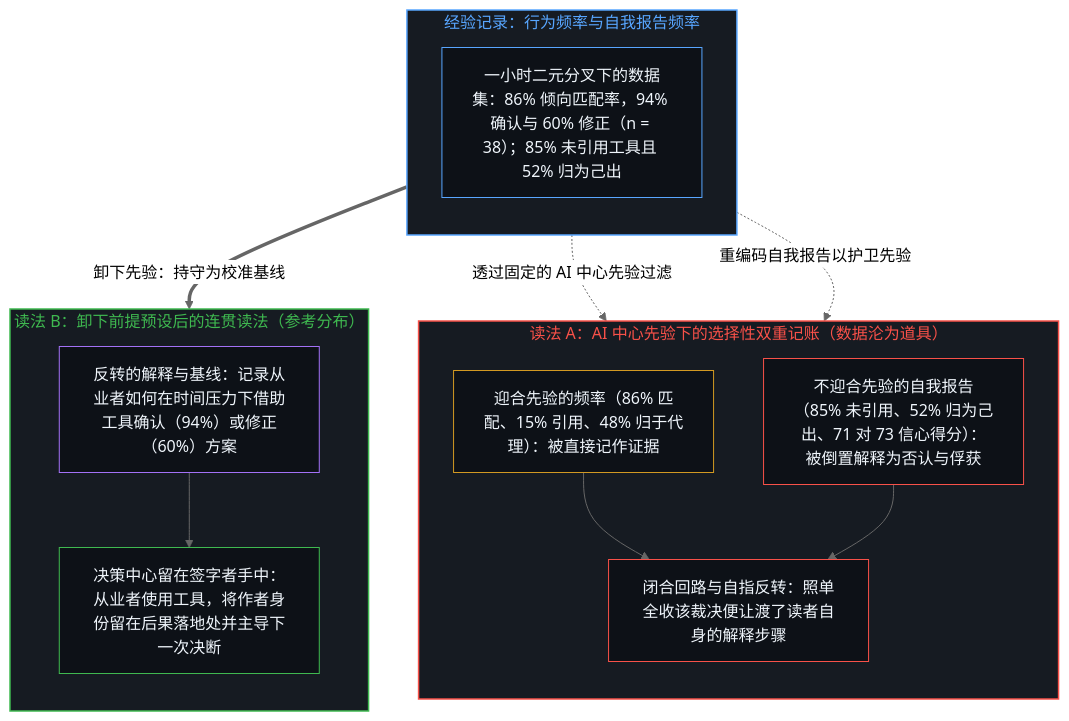
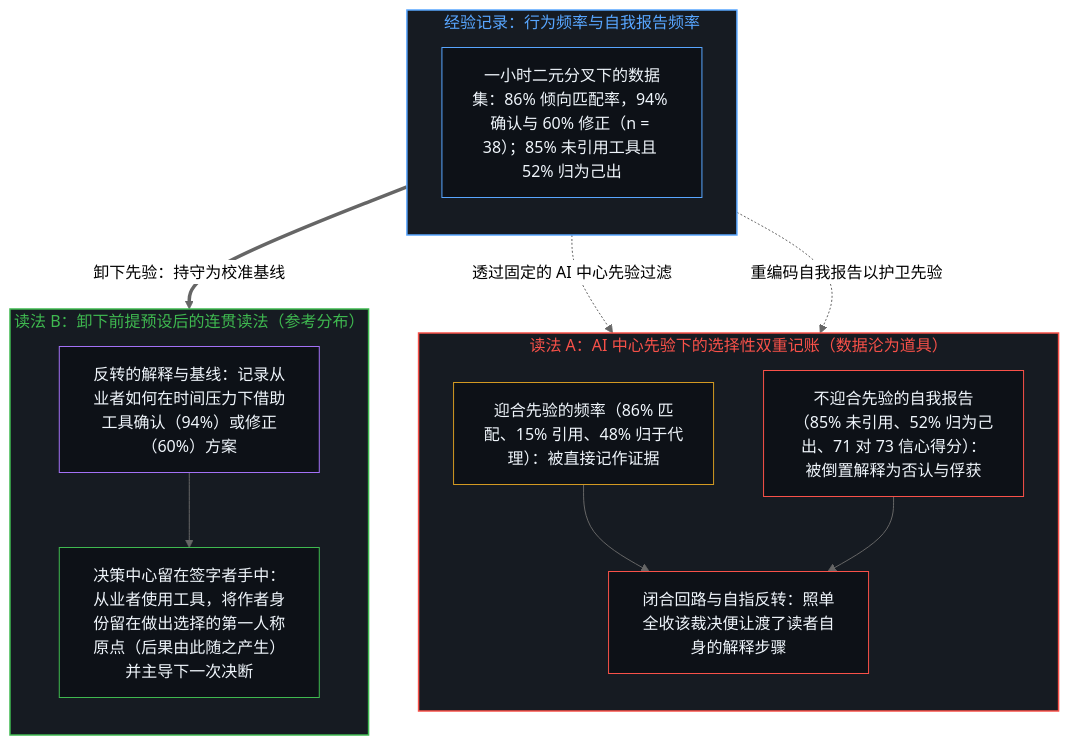
One commit to powerpig99/not-a-toe changed the third of 4 diagrams in content/posts/agency-and-the-pattern.md. Above: the diagram before and after it, drawn with Mermaid (neutral theme). The commit also changed other lines of this file, not shown here.

Commit message:
Refine agency-and-the-pattern: trace inalienability of consequences as downstream evidence of first-person causal origin

````diff
--- a/content/posts/agency-and-the-pattern.md
+++ b/content/posts/agency-and-the-pattern.md
@@ -113,33 +113,33 @@
 ```mermaid
 flowchart TD
     subgraph S_Base["经验记录：行为频率与自我报告频率"]
         direction TB
         B_Data["一小时二元分叉下的数据集：86% 倾向匹配率，94% 确认与 60% 修正（n = 38）；85% 未引用工具且 52% 归为己出"]
     end
     subgraph S_ReadA["读法 A：AI 中心先验下的选择性双重记账（数据沦为道具）"]
         direction TB
         A_Conf["迎合先验的频率（86% 匹配、15% 引用、48% 归于代理）：被直接记作证据"]
         A_Deny["不迎合先验的自我报告（85% 未引用、52% 归为己出、71 对 73 信心得分）：被倒置解释为否认与俘获"]
         A_Irony["闭合回路与自指反转：照单全收该裁决便让渡了读者自身的解释步骤"]
         A_Conf --> A_Irony
         A_Deny --> A_Irony
     end
     subgraph S_ReadB["读法 B：卸下前提预设后的连贯读法（参考分布）"]
         direction TB
         R_Ref["反转的解释与基线：记录从业者如何在时间压力下借助工具确认（94%）或修正（60%）方案"]
-        R_Center["决策中心留在签字者手中：从业者使用工具，将作者身份留在后果落地处并主导下一次决断"]
+        R_Center["决策中心留在签字者手中：从业者使用工具，将作者身份留在做出选择的第一人称原点（后果由此随之产生）并主导下一次决断"]
         R_Ref --> R_Center
     end
     B_Data -.->|"透过固定的 AI 中心先验过滤"| A_Conf
     B_Data -.->|"重编码自我报告以护卫先验"| A_Deny
     B_Data ==>|"卸下先验：持守为校准基线"| R_Ref
     style S_Base fill:#161b22,stroke:#58a6ff,stroke-width:1.5px,color:#58a6ff
     style S_ReadA fill:#161b22,stroke:#f85149,stroke-width:1.5px,color:#f85149
     style S_ReadB fill:#161b22,stroke:#3fb950,stroke-width:1.5px,color:#3fb950
     style B_Data fill:#0d1117,stroke:#58a6ff,stroke-width:1px,color:#f0f6fc
     style A_Conf fill:#0d1117,stroke:#d29922,stroke-width:1px,color:#f0f6fc
     style A_Deny fill:#0d1117,stroke:#f85149,stroke-width:1px,color:#f0f6fc
     style A_Irony fill:#0d1117,stroke:#f85149,stroke-width:1px,color:#f0f6fc
     style R_Ref fill:#0d1117,stroke:#a371f7,stroke-width:1px,color:#f0f6fc
     style R_Center fill:#0d1117,stroke:#3fb950,stroke-width:1px,color:#f0f6fc
 ```
````
